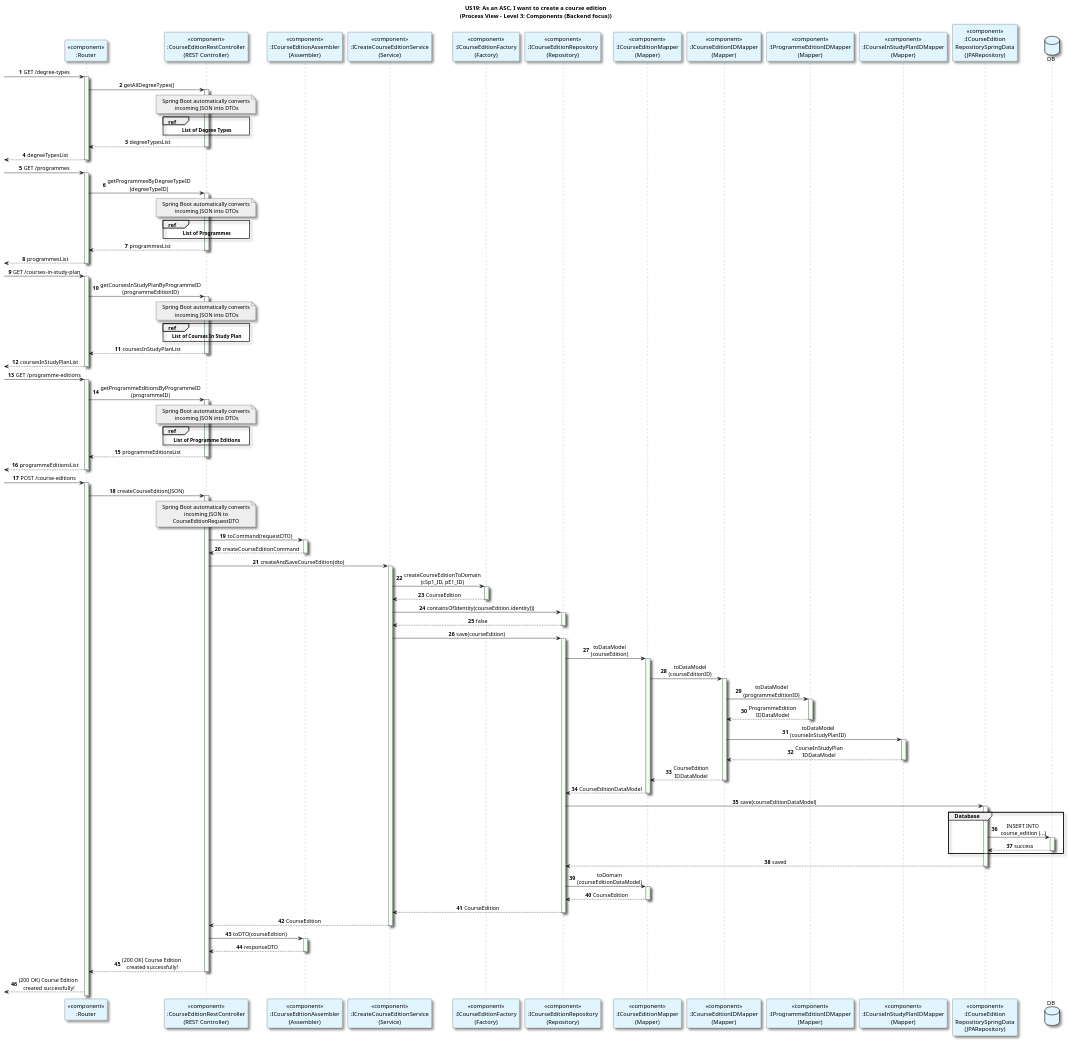
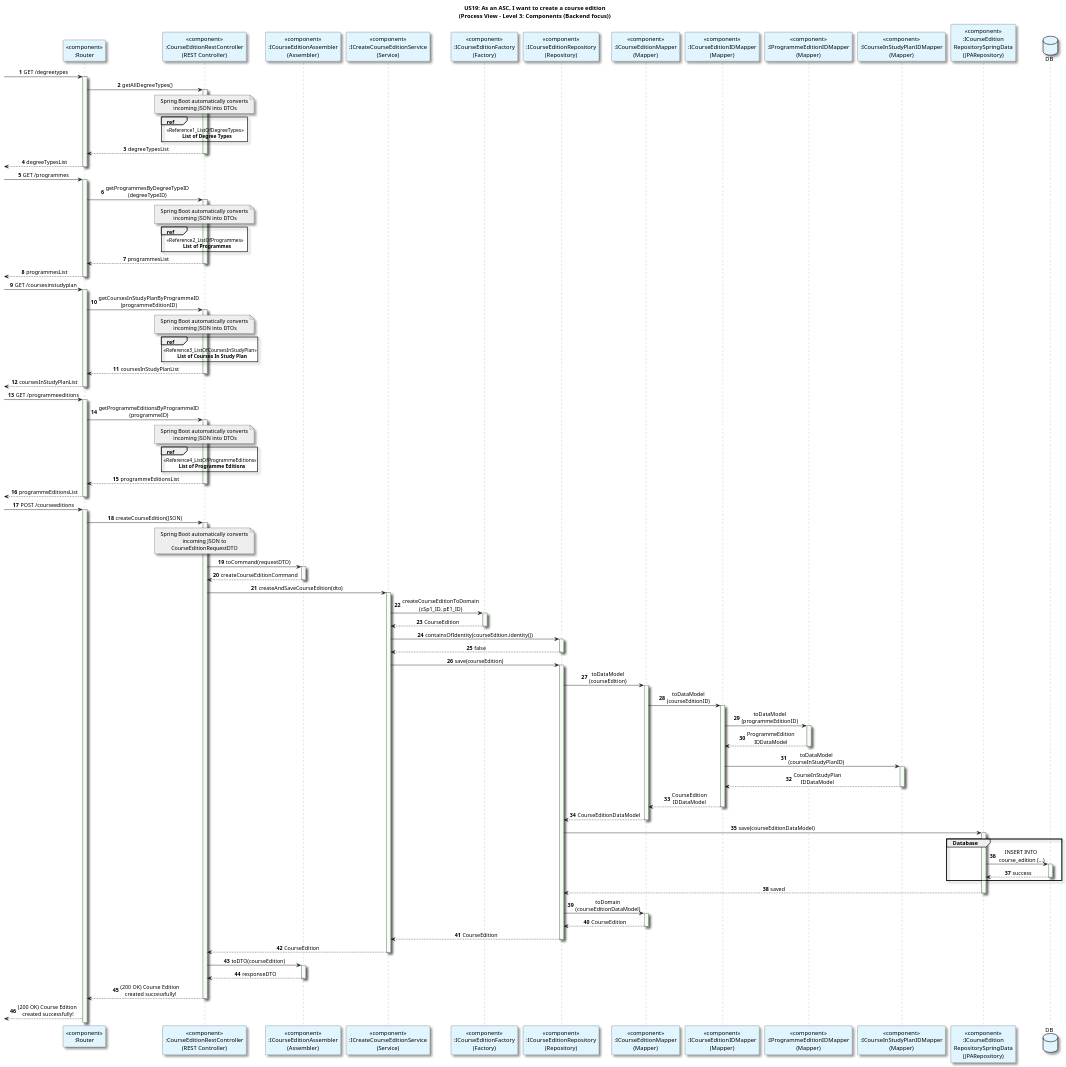
The diagram in docs/US19/Sprint6_RestAPI/ProcessView/CreateCourseEdition_Level3_Backend.puml (GasparISEP/DevOps-PAI), drawn with PlantUML before and after one commit. The commit also changed 2 other files, not shown here.

Commit message:
[docs] Add detailed flow diagram for List Of Degree Types reference in createCourseEdition level 3 process view diagram (Refs: #536, #549)

```diff
--- a/docs/US19/Sprint6_RestAPI/ProcessView/CreateCourseEdition_Level3_Backend.puml
+++ b/docs/US19/Sprint6_RestAPI/ProcessView/CreateCourseEdition_Level3_Backend.puml
@@ -1,185 +1,189 @@
 @startuml
 title: US19: As an ASC, I want to create a course edition\n(Process View - Level 3: Components (Backend focus))
 autonumber
 
 skinparam {
   ActivityPadding 2
   ActivityMargin 2
   BoxPadding 2
 }
 skinparam sequence {
     LifeLineBorderColor Grey
     LifeLineBackgroundColor HoneyDew
 }
 skinparam defaultTextAlignment center
 skinparam shadowing true
 
 participant "<<component>>\n:Router" as router #E1F5FE
 participant "<<component>>\n:CourseEditionRestController\n(REST Controller)" as Controller #E1F5FE
 participant "<<component>>\n:ICourseEditionAssembler\n(Assembler)" as Assembler #E1F5FE
 participant "<<component>>\n:ICreateCourseEditionService\n(Service)" as Service #E1F5FE
 participant "<<component>>\n:ICourseEditionFactory\n(Factory)" as CourseEditionFactory #E1F5FE
 participant "<<component>>\n:ICourseEditionRepository\n(Repository)" as Repository #E1F5FE
 participant "<<component>>\n:ICourseEditionMapper\n(Mapper)" as Mapper #E1F5FE
 participant "<<component>>\n:ICourseEditionIDMapper\n(Mapper)" as IDMapper #E1F5FE
 participant "<<component>>\n:IProgrammeEditionIDMapper\n(Mapper)" as PEMapper #E1F5FE
 participant "<<component>>\n:ICourseInStudyPlanIDMapper\n(Mapper)" as CSPMapper #E1F5FE
 participant "<<component>>\n:ICourseEdition\nRepositorySpringData\n(JPARepository)" as SpringData #E1F5FE
 
 database DB as Database #E1F5FE
 
--> router: GET /degree-types
+-> router: GET /degreetypes
 activate router
 router -> Controller: getAllDegreeTypes()
 activate Controller
 note over Controller #EEEEEE
 Spring Boot automatically converts
  incoming JSON into DTOs
 end note
 ref over Controller
+<<Reference1_ListOfDegreeTypes>>
    <b>List of Degree Types</b>
 end ref
 Controller --> router: degreeTypesList
 deactivate Controller
 <-- router: degreeTypesList
 deactivate router
 
 -> router: GET /programmes
 activate router
 router -> Controller: getProgrammesByDegreeTypeID\n(degreeTypeID)
 activate Controller
 note over Controller #EEEEEE
 Spring Boot automatically converts
  incoming JSON into DTOs
 end note
 ref over Controller
+<<Reference2_ListOfProgrammes>>
    <b>List of Programmes</b>
 end ref
 Controller --> router: programmesList
 deactivate Controller
 <-- router: programmesList
 deactivate router
 
--> router: GET /courses-in-study-plan
+-> router: GET /coursesinstudyplan
 activate router
 router -> Controller: getCoursesInStudyPlanByProgrammeID\n(programmeEditionID)
 activate Controller
 note over Controller #EEEEEE
 Spring Boot automatically converts
  incoming JSON into DTOs
 end note
 ref over Controller
+<<Reference3_ListOfCoursesInStudyPlan>>
    <b>List of Courses In Study Plan</b>
 end ref
 Controller --> router: coursesInStudyPlanList
 deactivate Controller
 <-- router: coursesInStudyPlanList
 deactivate router
 
--> router: GET /programme-editions
+-> router: GET /programmeeditions
 activate router
 router -> Controller: getProgrammeEditionsByProgrammeID\n(programmeID)
 activate Controller
 note over Controller #EEEEEE
 Spring Boot automatically converts
  incoming JSON into DTOs
 end note
 ref over Controller
+<<Reference4_ListOfProgrammeEditions>>
    <b>List of Programme Editions</b>
 end ref
 Controller --> router: programmeEditionsList
 deactivate Controller
 <-- router: programmeEditionsList
 deactivate router
 
--> router: POST /course-editions
+-> router: POST /courseeditions
 activate router
 router -> Controller: createCourseEdition(JSON)
 
 activate Controller
 
 note over Controller #EEEEEE
 Spring Boot automatically converts
 incoming JSON to
 CourseEditionRequestDTO
 end note
 
 
 Controller -> Assembler: toCommand(requestDTO)
 activate Assembler
 Assembler --> Controller: createCourseEditionCommand
 deactivate Assembler
 
 
 
 Controller -> Service: createAndSaveCourseEdition(dto)
 activate Service
 
 
 Service -> CourseEditionFactory: createCourseEditionToDomain\n(cSp1_ID, pE1_ID)
 activate CourseEditionFactory
 CourseEditionFactory --> Service -- : CourseEdition
 Service -> Repository: containsOfIdentity(courseEdition.identity())
 activate Repository
 Repository --> Service: false
 deactivate Repository
 
 
 Service -> Repository : save(courseEdition)
 activate Repository
 Repository -> Mapper : toDataModel\n(courseEdition)
 activate Mapper
 Mapper -> IDMapper : toDataModel\n(courseEditionID)
 activate IDMapper
 IDMapper -> PEMapper : toDataModel\n(programmeEditionID)
 activate PEMapper
 PEMapper --> IDMapper : ProgrammeEdition\nIDDataModel
 deactivate PEMapper
 IDMapper -> CSPMapper : toDataModel\n(courseInStudyPlanID)
 activate CSPMapper
 CSPMapper --> IDMapper : CourseInStudyPlan\nIDDataModel
 deactivate CSPMapper
 IDMapper --> Mapper : CourseEdition\nIDDataModel
 deactivate IDMapper
 Mapper --> Repository : CourseEditionDataModel
 deactivate Mapper
 
 
 
 
 Repository -> SpringData : save(courseEditionDataModel)
 activate SpringData
 
 group Database
 SpringData -> Database: INSERT INTO\n course_edition (...)
 activate Database
 Database --> SpringData: success
 deactivate Database
 end
 
 
 SpringData --> Repository : saved
 deactivate
 
 
 Repository -> Mapper : toDomain\n(courseEditionDataModel)
 activate Mapper
 Mapper --> Repository : CourseEdition
 deactivate
 
 Repository --> Service : CourseEdition
 deactivate
 
 Service --> Controller : CourseEdition
 deactivate Service
 
 Controller -> Assembler : toDTO(courseEdition)
 activate Assembler
 Assembler --> Controller : responseDTO
 deactivate Assembler
 
 Controller --> router:  (200 OK) Course Edition\n created successfully!
 deactivate Controller
 
 <-- router:  (200 OK) Course Edition\n created successfully!
 @enduml
```
